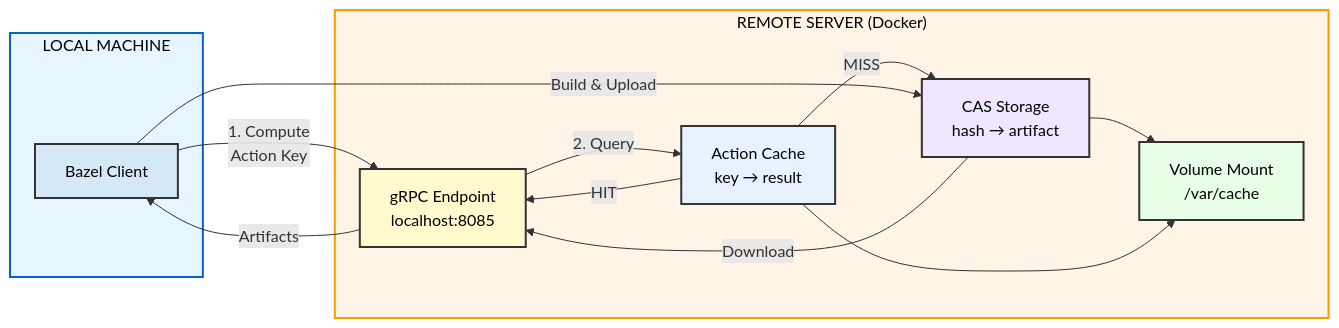
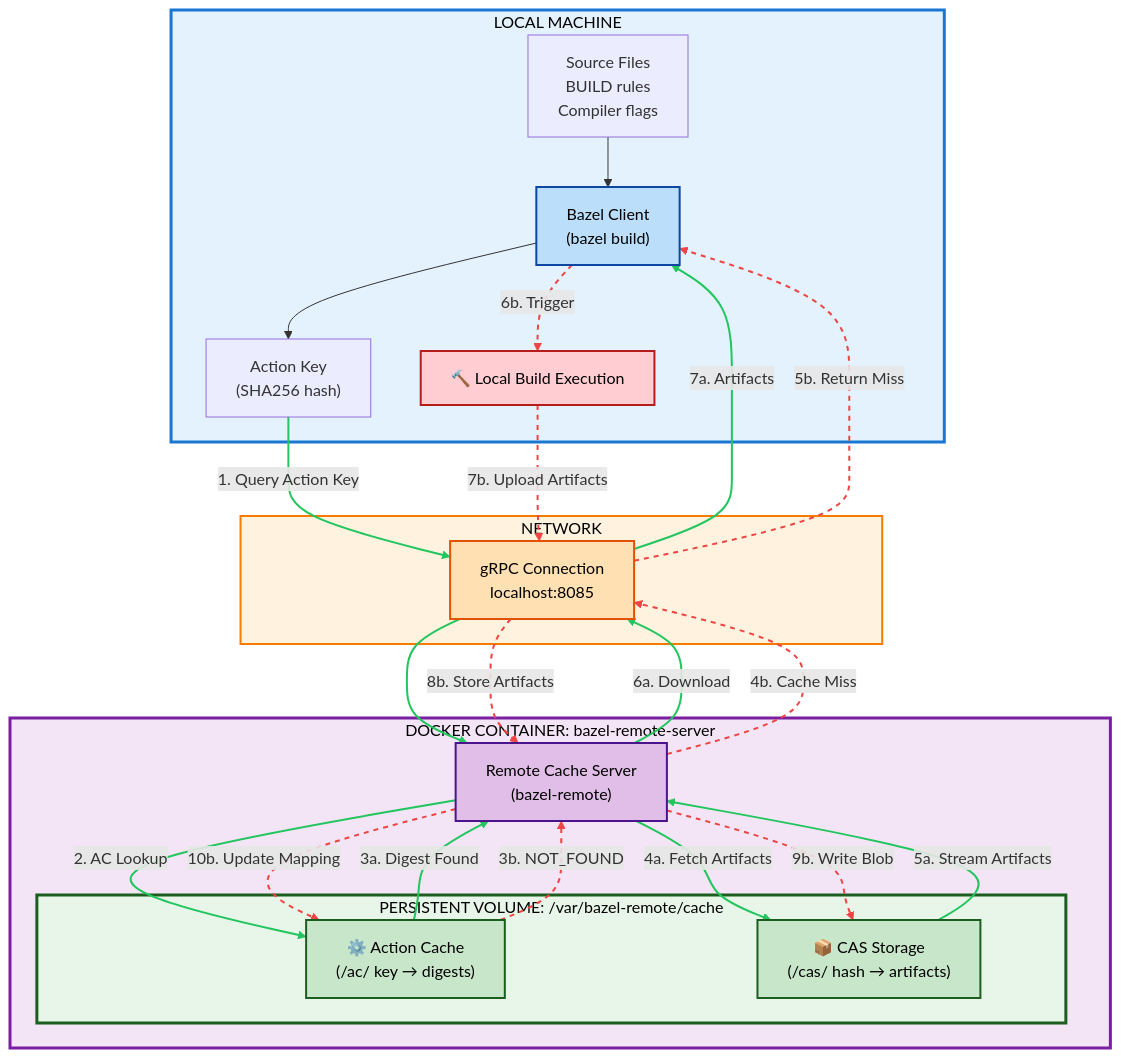
Before and after one commit to iakshayubale/bazel-infra-lab: the first of 2 diagrams in README.md, drawn with Mermaid. The commit also changed other lines of this file and 8 other files, not shown here.

````diff
--- a/README.md
+++ b/README.md
@@ -244,31 +257,82 @@
 ```mermaid
-graph LR
-    subgraph LOCAL ["LOCAL MACHINE"]
-        BC["Bazel Client"]
+%%{init: {'flowchart': {'htmlLabels': true}, 'theme': 'default', 'themeVariables': { 'subGraphTitleColor': '#000000' }}}%%
+graph TB
+    subgraph LOCAL["<span style='color:#000;'>LOCAL MACHINE</span>"]
+        SRC["Source Files<br/>BUILD rules<br/>Compiler flags"]
+        BC["Bazel Client<br/>(bazel build)"]
+        HASH["Action Key<br/>(SHA256 hash)"]
+        LOCAL_BUILD["🔨 Local Build Execution"]
     end
     
-    subgraph REMOTE ["REMOTE SERVER (Docker)"]
-        GRPC["gRPC Endpoint<br/>localhost:8085"]
-        AC["Action Cache<br/>key → result"]
-        CAS["CAS Storage<br/>hash → artifact"]
-        VOL["Volume Mount<br/>/var/cache"]
+    subgraph NETWORK["<span style='color:#000;'>NETWORK</span>"]
+        GRPC["gRPC Connection<br/>localhost:8085"]
     end
     
-    BC -->|1. Compute<br/>Action Key| GRPC
-    GRPC -->|2. Query| AC
-    AC -->|HIT| GRPC
-    AC -->|MISS| CAS
-    CAS -->|Download| GRPC
-    GRPC -->|Artifacts| BC
-    BC -->|Build & Upload| CAS
-    CAS --> VOL
-    AC --> VOL
+    subgraph DOCKER["<span style='color:#000;'>DOCKER CONTAINER: bazel-remote-server</span>"]
+        SERVER["Remote Cache Server<br/>(bazel-remote)"]
+        
+        subgraph VOL["<span style='color:#000;'>PERSISTENT VOLUME: /var/bazel-remote/cache</span>"]
+            AC["⚙️ Action Cache<br/>(/ac/ key → digests)"]
+            CAS["📦 CAS Storage<br/>(/cas/ hash → artifacts)"]
+        end
+    end
     
-    style LOCAL fill:#e6f5ff,stroke:#0066cc,stroke-width:2px,color:#000
-    style REMOTE fill:#fff5e6,stroke:#ff9900,stroke-width:2px,color:#000
-    style BC fill:#d4e8f7,stroke:#333,stroke-width:2px,color:#000
-    style GRPC fill:#fffacd,stroke:#333,stroke-width:2px,color:#000
-    style AC fill:#e6f2ff,stroke:#333,stroke-width:2px,color:#000
-    style CAS fill:#f0e6ff,stroke:#333,stroke-width:2px,color:#000
-    style VOL fill:#e6ffe6,stroke:#333,stroke-width:2px,color:#000
+    %% Index 0
+    SRC --> BC
+    %% Index 1
+    BC --> HASH
+    
+    %% Index 2: Step 1
+    HASH -->|1. Query Action Key| GRPC
+    %% Index 3: Step 1 cont.
+    GRPC --> SERVER
+    %% Index 4: Step 2
+    SERVER -->|2. AC Lookup| AC
+    
+    %% HIT PATH (Green)
+    %% Index 5: Step 3a
+    AC -->|3a. Digest Found| SERVER
+    %% Index 6: Step 4a
+    SERVER -->|4a. Fetch Artifacts| CAS
+    %% Index 7: Step 5a
+    CAS -->|5a. Stream Artifacts| SERVER
+    %% Index 8: Step 6a
+    SERVER -->|6a. Download| GRPC
+    %% Index 9: Step 7a
+    GRPC -->|7a. Artifacts| BC
+    
+    %% MISS PATH (Red)
+    %% Index 10: Step 3b
+    AC -.->|3b. NOT_FOUND| SERVER
+    %% Index 11: Step 4b
+    SERVER -.->|4b. Cache Miss| GRPC
+    %% Index 12: Step 5b
+    GRPC -.->|5b. Return Miss| BC
+    %% Index 13: Step 6b
+    BC -.->|6b. Trigger| LOCAL_BUILD
+    %% Index 14: Step 7b
+    LOCAL_BUILD -.->|7b. Upload Artifacts| GRPC
+    %% Index 15: Step 8b
+    GRPC -.->|8b. Store Artifacts| SERVER
+    %% Index 16: Step 9b
+    SERVER -.->|9b. Write Blob| CAS
+    %% Index 17: Step 10b
+    SERVER -.->|10b. Update Mapping| AC
+    
+    style LOCAL fill:#e3f2fd,stroke:#1976d2,stroke-width:3px,color:#000
+    style NETWORK fill:#fff3e0,stroke:#f57c00,stroke-width:2px,color:#000
+    style DOCKER fill:#f3e5f5,stroke:#7b1fa2,stroke-width:3px,color:#000
+    style VOL fill:#e8f5e9,stroke:#1b5e20,stroke-width:3px,color:#000
+    style BC fill:#bbdefb,stroke:#0d47a1,stroke-width:2px,color:#000
+    style LOCAL_BUILD fill:#ffcdd2,stroke:#b71c1c,stroke-width:2px,color:#000
+    style GRPC fill:#ffe0b2,stroke:#e65100,stroke-width:2px,color:#000
+    style SERVER fill:#e1bee7,stroke:#4a148c,stroke-width:2px,color:#000
+    style AC fill:#c8e6c9,stroke:#1b5e20,stroke-width:2px,color:#000
+    style CAS fill:#c8e6c9,stroke:#1b5e20,stroke-width:2px,color:#000
+
+    %% Green Hit Path (Steps 1, 2, 3a, 4a, 5a, 6a, 7a = Indices 2, 3, 4, 5, 6, 7, 8, 9)
+    linkStyle 2,3,4,5,6,7,8,9 stroke:#22c55e,stroke-width:2px;
+
+    %% Red Miss Path (Steps 3b through 10b = Indices 10 through 17)
+    linkStyle 10,11,12,13,14,15,16,17 stroke:#ef4444,stroke-width:2px,stroke-dasharray: 5 5;
 ```
````
